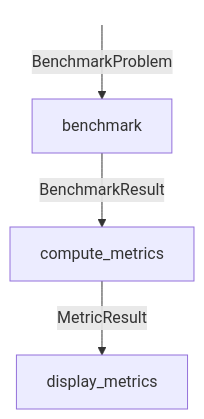
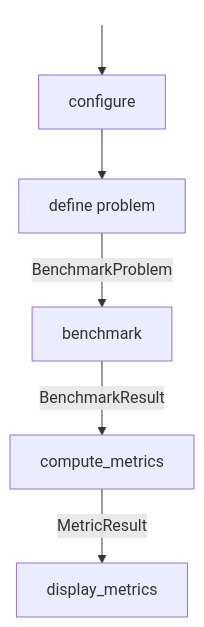
The diagram in docs/source/user/benchmarking/running.rst (team-decent/decent-bench), drawn with Mermaid before and after one commit. The commit also changed other lines of this file and 192 other files, not shown here.

```diff
--- a/docs/source/user/benchmarking/running.rst
+++ b/docs/source/user/benchmarking/running.rst
@@ -12,8 +14,10 @@
 .. mermaid::
 
    flowchart TB
-       START(( )):::empty -->|BenchmarkProblem| A[benchmark]
+       START(( )):::empty --> C[configure]
+       C --> P[define problem]
+       P -->|BenchmarkProblem| A[benchmark]
        A -->|BenchmarkResult| B[compute_metrics]
-       B -->|MetricResult| C[display_metrics]
+       B -->|MetricResult| D[display_metrics]
 
        classDef empty width:0px,height:0px,fill:transparent,stroke:transparent,color:transparent;
```
